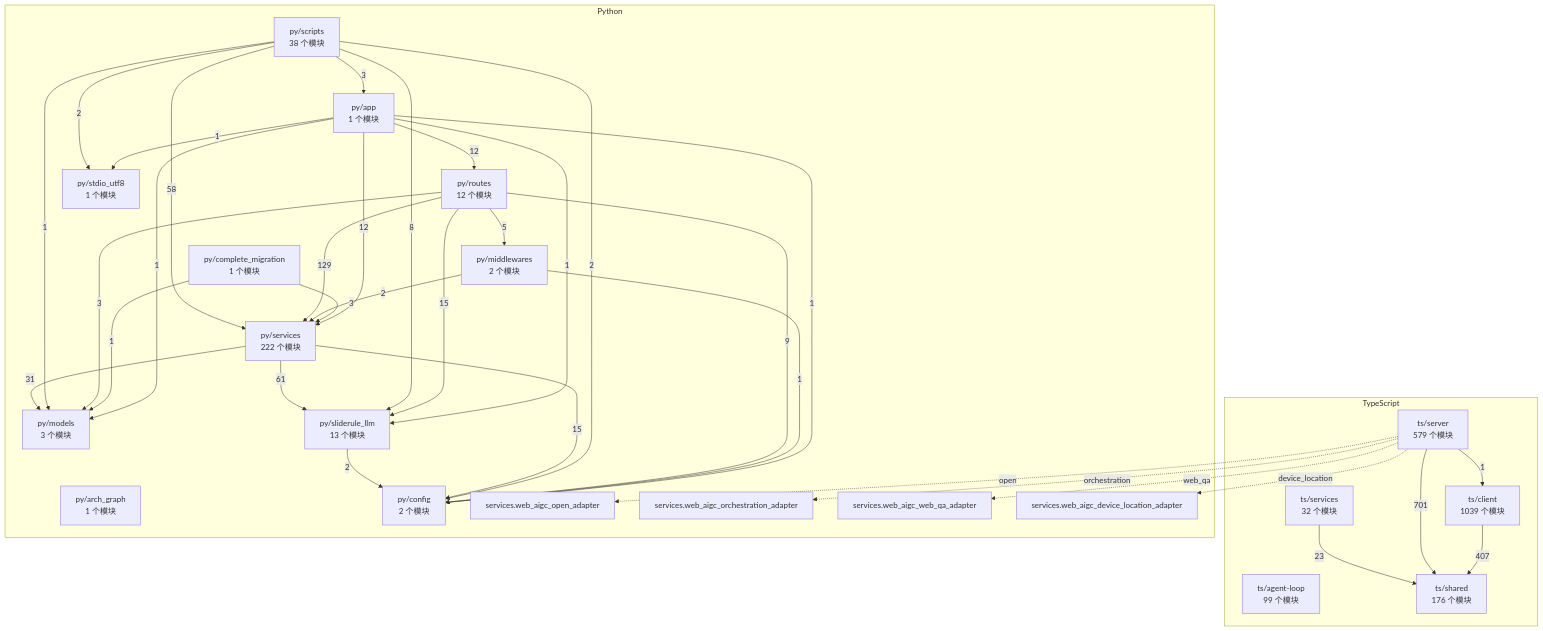
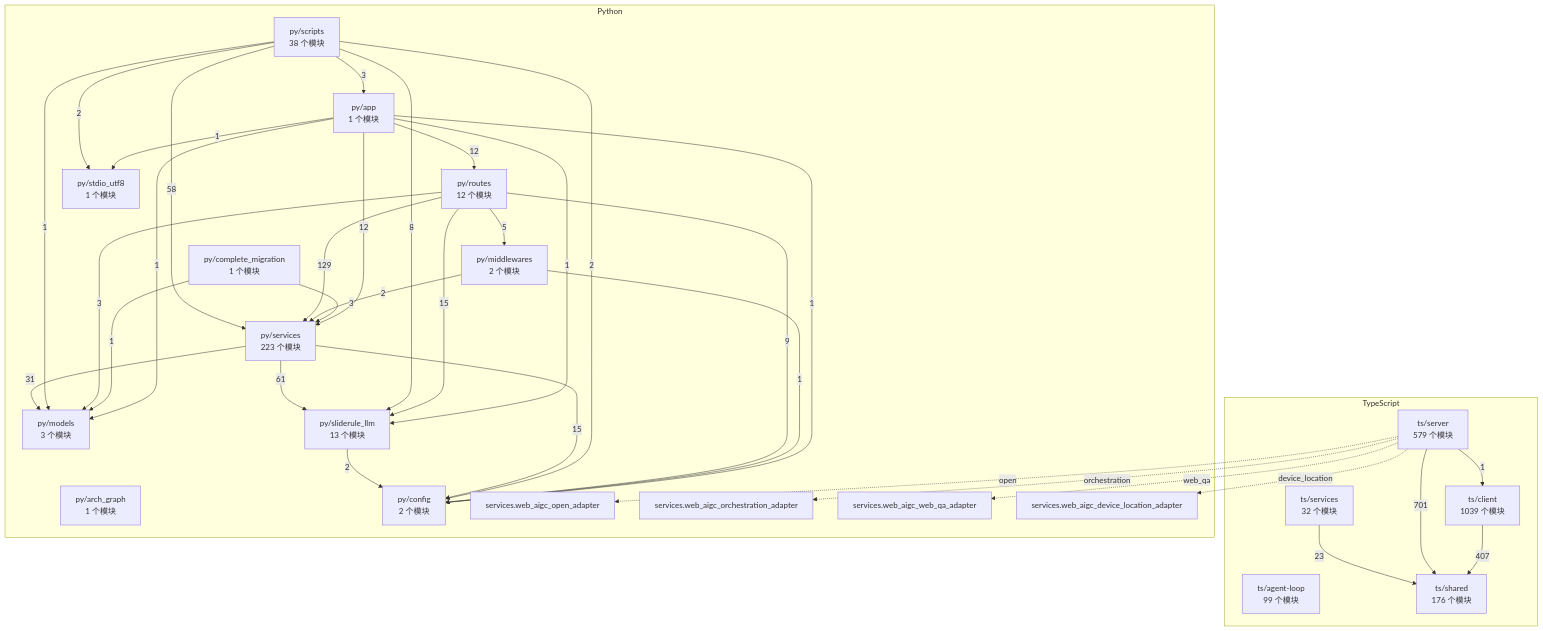
One commit to 2686521696/WhyBuddy changed the diagram in docs/WhyBuddy 全仓架构图（自动生成）.md. Above: the diagram before and after it, drawn with Mermaid. The commit also changed 5 other files, not shown here.

````diff
--- a/docs/WhyBuddy 全仓架构图（自动生成）.md
+++ b/docs/WhyBuddy 全仓架构图（自动生成）.md
@@ -14,60 +14,60 @@
 ```mermaid
 flowchart TB
   subgraph ts [TypeScript]
     ts_agent_loop["ts/agent-loop<br/>99 个模块"]
     ts_client["ts/client<br/>1039 个模块"]
     ts_server["ts/server<br/>579 个模块"]
     ts_services["ts/services<br/>32 个模块"]
     ts_shared["ts/shared<br/>176 个模块"]
   end
   subgraph py [Python]
     py_app["py/app<br/>1 个模块"]
     py_arch_graph["py/arch_graph<br/>1 个模块"]
     py_complete_migration["py/complete_migration<br/>1 个模块"]
     py_config["py/config<br/>2 个模块"]
     py_middlewares["py/middlewares<br/>2 个模块"]
     py_models["py/models<br/>3 个模块"]
     py_routes["py/routes<br/>12 个模块"]
     py_scripts["py/scripts<br/>38 个模块"]
-    py_services["py/services<br/>222 个模块"]
+    py_services["py/services<br/>223 个模块"]
     py_sliderule_llm["py/sliderule_llm<br/>13 个模块"]
     py_stdio_utf8["py/stdio_utf8<br/>1 个模块"]
     py_services_web_aigc_open_adapter["services.web_aigc_open_adapter"]
     py_services_web_aigc_orchestration_adapter["services.web_aigc_orchestration_adapter"]
     py_services_web_aigc_web_qa_adapter["services.web_aigc_web_qa_adapter"]
     py_services_web_aigc_device_location_adapter["services.web_aigc_device_location_adapter"]
   end
   ts_client -->|407| ts_shared
   ts_server -->|1| ts_client
   ts_server -->|701| ts_shared
   ts_services -->|23| ts_shared
   py_app -->|1| py_config
   py_app -->|1| py_models
   py_app -->|12| py_routes
   py_app -->|12| py_services
   py_app -->|1| py_sliderule_llm
   py_app -->|1| py_stdio_utf8
   py_complete_migration -->|1| py_models
   py_complete_migration -->|3| py_services
   py_middlewares -->|1| py_config
   py_middlewares -->|2| py_services
   py_routes -->|9| py_config
   py_routes -->|5| py_middlewares
   py_routes -->|3| py_models
   py_routes -->|129| py_services
   py_routes -->|15| py_sliderule_llm
   py_scripts -->|3| py_app
   py_scripts -->|2| py_config
   py_scripts -->|1| py_models
   py_scripts -->|58| py_services
   py_scripts -->|8| py_sliderule_llm
   py_scripts -->|2| py_stdio_utf8
   py_services -->|15| py_config
   py_services -->|31| py_models
   py_services -->|61| py_sliderule_llm
   py_sliderule_llm -->|2| py_config
   ts_server -.->|open| py_services_web_aigc_open_adapter
   ts_server -.->|orchestration| py_services_web_aigc_orchestration_adapter
   ts_server -.->|web_qa| py_services_web_aigc_web_qa_adapter
   ts_server -.->|device_location| py_services_web_aigc_device_location_adapter
 ```
````
